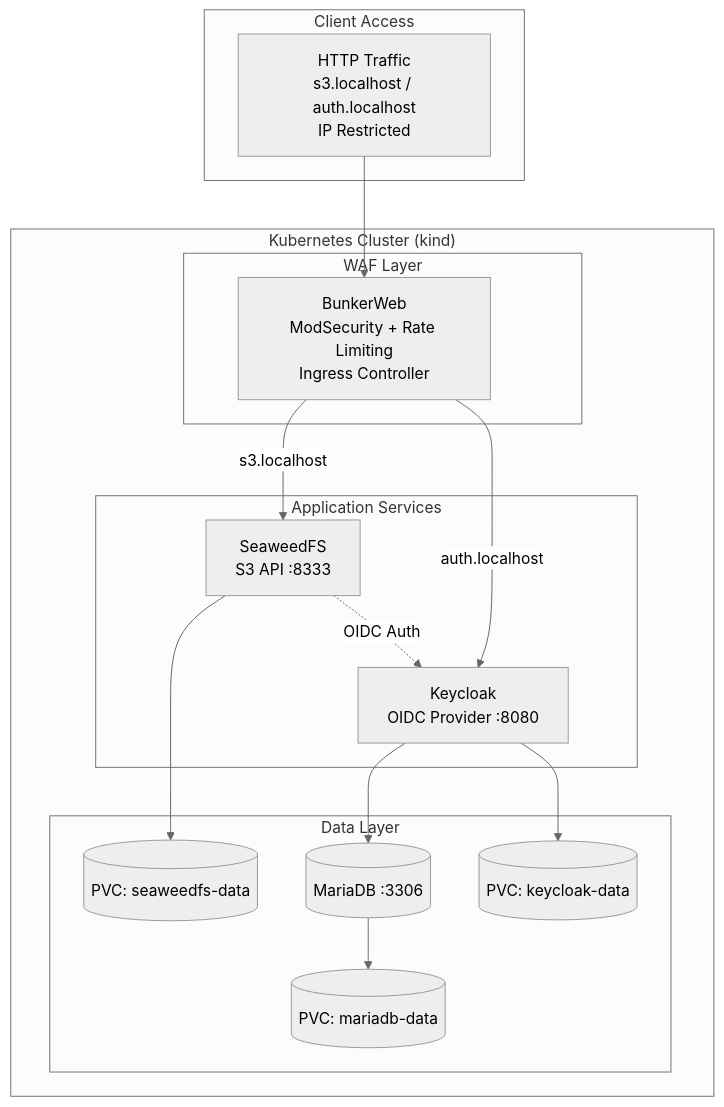
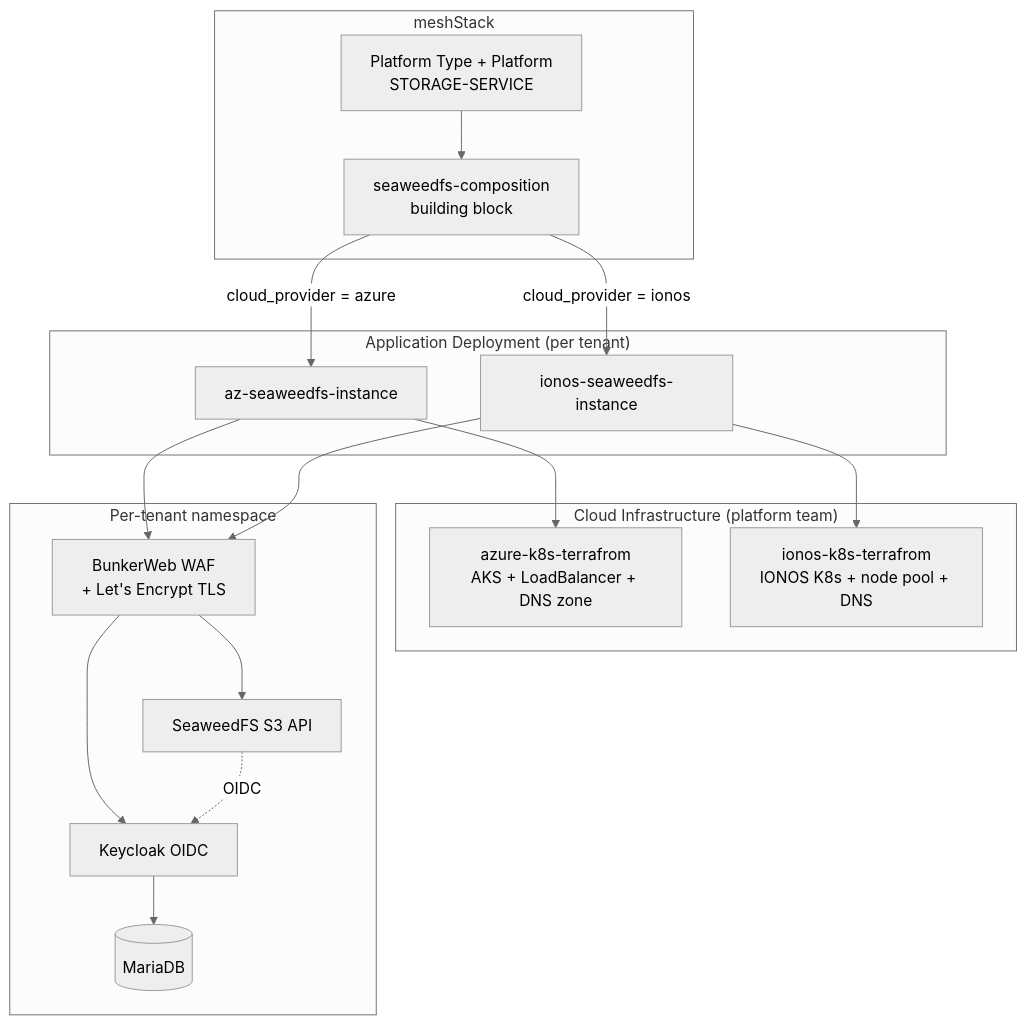
Before and after one commit to meshcloud/minio_azure_container_app: the diagram in README.md, drawn with Mermaid (neutral theme). The commit also changed other lines of this file, not shown here.

````diff
--- a/README.md
+++ b/README.md
@@ -94,33 +13,36 @@
 ```mermaid
 graph TD
-    subgraph "Client Access"
-        Client[HTTP Traffic<br/>s3.localhost / auth.localhost<br/>IP Restricted]
+    subgraph meshStack
+        PT[Platform Type + Platform<br/>STORAGE-SERVICE]
+        COMP[seaweedfs-composition<br/>building block]
     end
 
-    subgraph "Kubernetes Cluster (kind)"
-        subgraph "WAF Layer"
-            BW[BunkerWeb<br/>ModSecurity + Rate Limiting<br/>Ingress Controller]
-        end
-
-        subgraph "Application Services"
-            SeaweedFS[SeaweedFS<br/>S3 API :8333]
-            Keycloak[Keycloak<br/>OIDC Provider :8080]
-        end
-
-        subgraph "Data Layer"
-            MariaDB[(MariaDB :3306)]
-            SeaweedPVC[(PVC: seaweedfs-data)]
-            MariadbPVC[(PVC: mariadb-data)]
-            KeycloakPVC[(PVC: keycloak-data)]
-        end
+    subgraph "Cloud Infrastructure (platform team)"
+        AZ[azure-k8s-terrafrom<br/>AKS + LoadBalancer + DNS zone]
+        IO[ionos-k8s-terrafrom<br/>IONOS K8s + node pool + DNS]
     end
 
-    Client --> BW
-    BW -->|s3.localhost| SeaweedFS
-    BW -->|auth.localhost| Keycloak
-    SeaweedFS --> SeaweedPVC
-    SeaweedFS -.OIDC Auth.-> Keycloak
-    Keycloak --> MariaDB
-    Keycloak --> KeycloakPVC
-    MariaDB --> MariadbPVC
+    subgraph "Application Deployment (per tenant)"
+        AZI[az-seaweedfs-instance]
+        IOI[ionos-seaweedfs-instance]
+    end
+
+    subgraph "Per-tenant namespace"
+        BW[BunkerWeb WAF<br/>+ Let's Encrypt TLS]
+        SW[SeaweedFS S3 API]
+        KC[Keycloak OIDC]
+        DB[(MariaDB)]
+    end
+
+    PT --> COMP
+    COMP -->|cloud_provider = azure| AZI
+    COMP -->|cloud_provider = ionos| IOI
+    AZI --> AZ
+    IOI --> IO
+    AZI --> BW
+    IOI --> BW
+    BW --> SW
+    BW --> KC
+    SW -. OIDC .-> KC
+    KC --> DB
 ```
````
